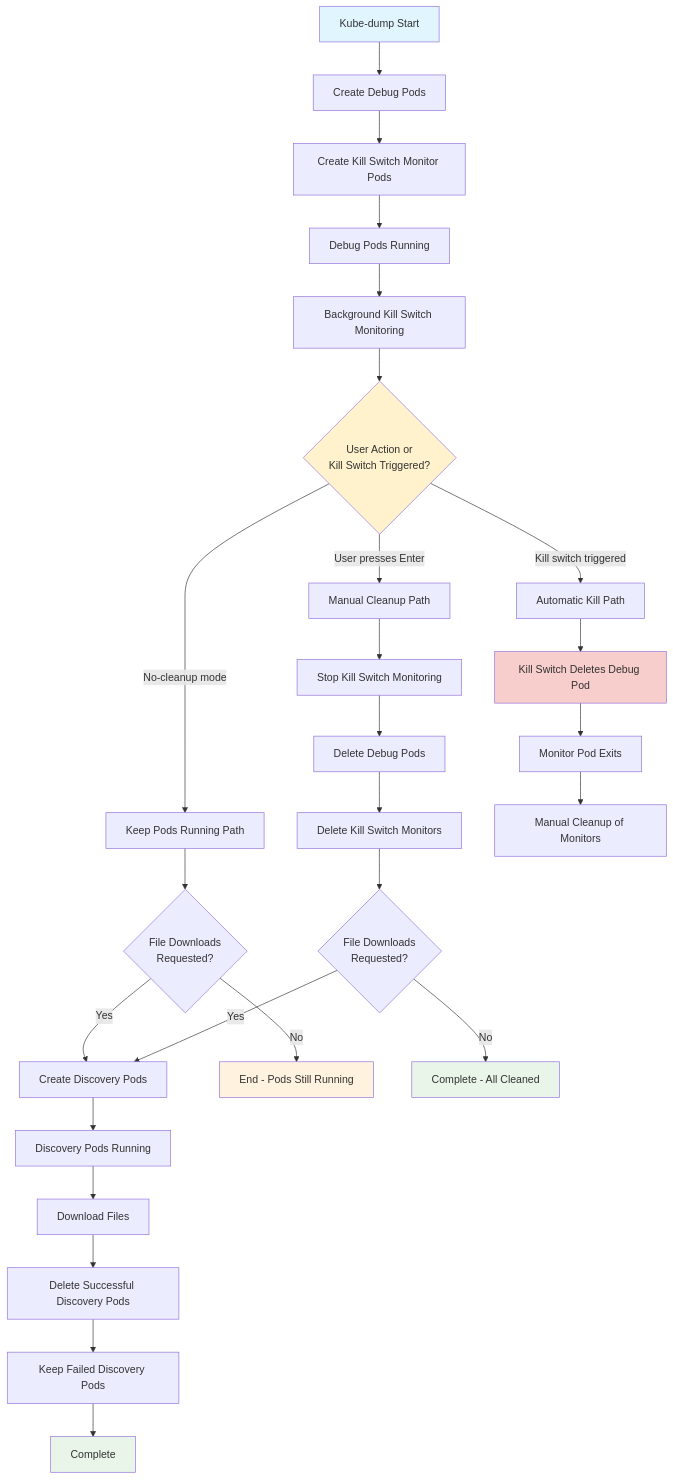
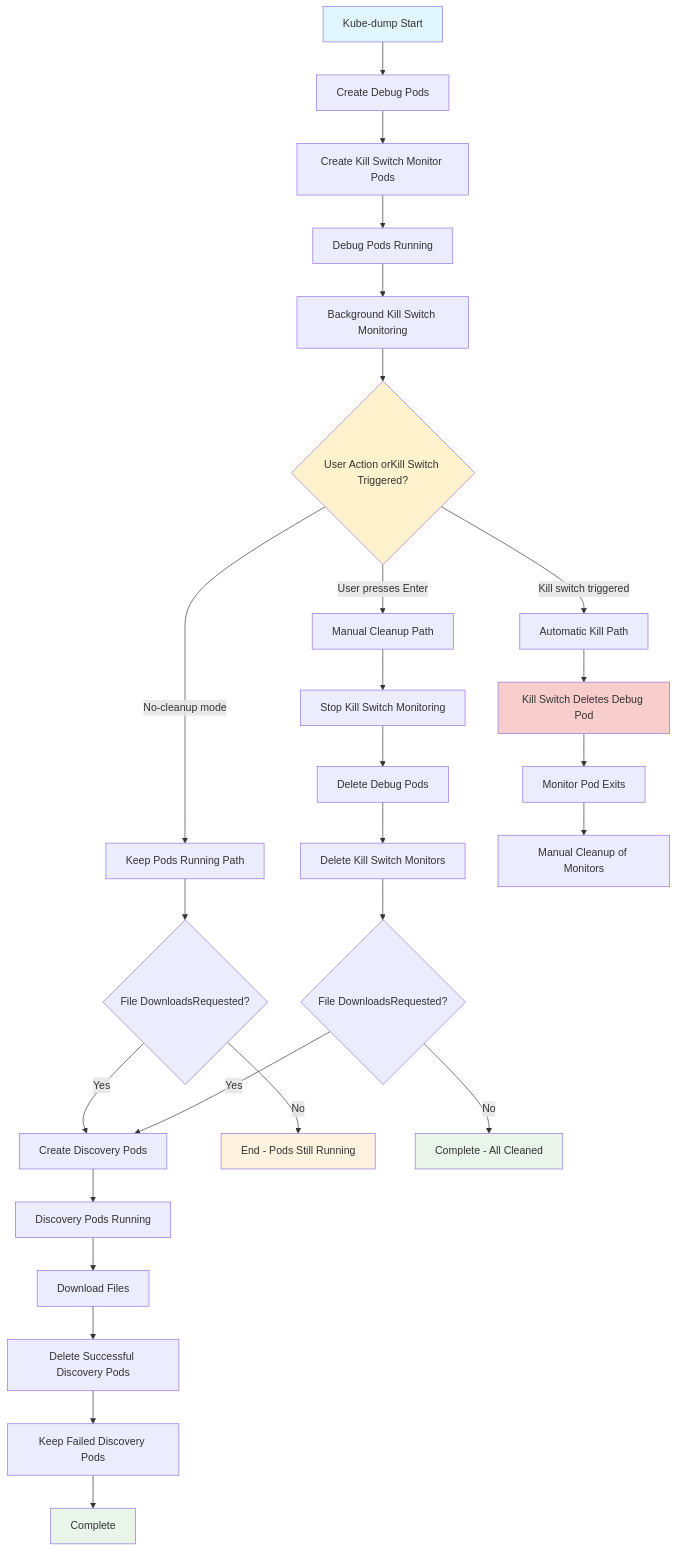
One commit to 8-cm/kube-dump changed the first of 7 diagrams in docs/pod-lifecycle-management.md. Above: the diagram before and after it, drawn with Mermaid. The commit also changed other lines of this file and 4 other files, not shown here.

First line of the commit message:
fix: Resolve Mermaid diagram rendering issues for GitHub compatibility

````diff
--- a/docs/pod-lifecycle-management.md
+++ b/docs/pod-lifecycle-management.md
@@ -5,41 +5,41 @@
 ```mermaid
 graph TD
     A[Kube-dump Start] --> B[Create Debug Pods]
     B --> C[Create Kill Switch Monitor Pods]
     C --> D[Debug Pods Running]
     D --> E[Background Kill Switch Monitoring]
-    E --> F{User Action or<br/>Kill Switch Triggered?}
+    E --> F{User Action orKill Switch Triggered?}
     
     F -->|User presses Enter| G[Manual Cleanup Path]
     F -->|Kill switch triggered| H[Automatic Kill Path]
     F -->|No-cleanup mode| I[Keep Pods Running Path]
     
     G --> J[Stop Kill Switch Monitoring]
     J --> K[Delete Debug Pods]
     K --> L[Delete Kill Switch Monitors]
-    L --> M{File Downloads<br/>Requested?}
+    L --> M{File DownloadsRequested?}
     
     H --> N[Kill Switch Deletes Debug Pod]
     N --> O[Monitor Pod Exits]
     O --> P[Manual Cleanup of Monitors]
     
-    I --> Q{File Downloads<br/>Requested?}
+    I --> Q{File DownloadsRequested?}
     Q -->|Yes| R[Create Discovery Pods]
     Q -->|No| S[End - Pods Still Running]
     
     M -->|Yes| R
     M -->|No| T[Complete - All Cleaned]
     
     R --> U[Discovery Pods Running]
     U --> V[Download Files]
     V --> W[Delete Successful Discovery Pods]
     W --> X[Keep Failed Discovery Pods]
     X --> Y[Complete]
     
     style A fill:#e1f5fe
     style F fill:#fff2cc
     style N fill:#f8cecc
     style T fill:#e8f5e8
     style Y fill:#e8f5e8
     style S fill:#fff3e0
 ```
````
